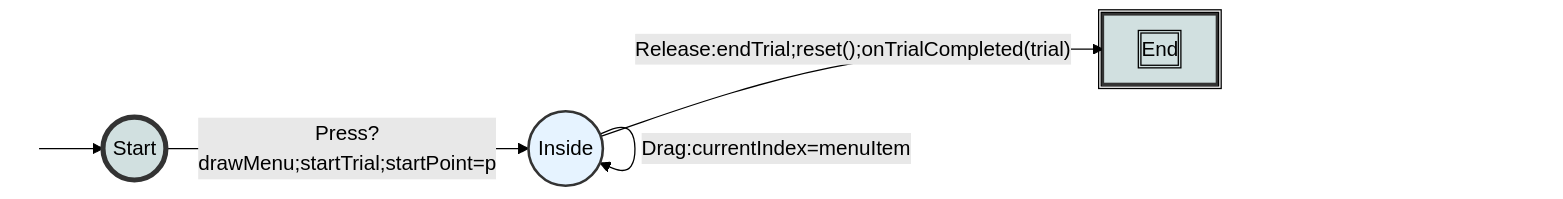
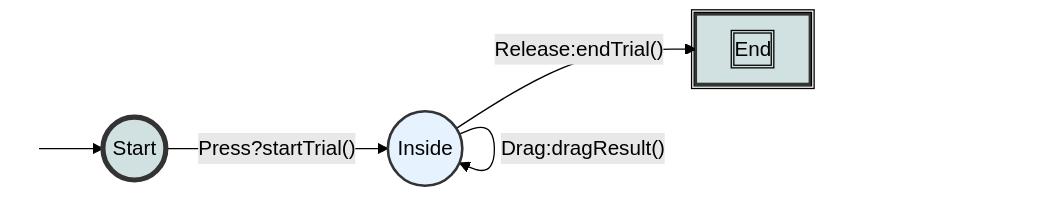
Before and after one commit to jmankoff/interaction: the diagram in assignments/menus.md, drawn with Mermaid (forest theme). The commit also changed other lines of this file and 1 other file, not shown here.

Commit message:
Updated slides and menu spec

```diff
--- a/assignments/menus.md
+++ b/assignments/menus.md
@@ -154,17 +154,17 @@
 <div class="mermaid">
 graph LR
 S((.)) --> A((Start))
-A -- "Press?drawMenu;startTrial;startPoint=p" --> I((Inside))
-I -- "Release:endTrial;reset();onTrialCompleted(trial)" --> E[End]
-I -- "Drag:currentIndex=menuItem" --> I
+A -- "Press?startTrial()" --> I((Inside))
+I -- "Release:endTrial()" --> E[End]
+I -- "Drag:dragResult()" --> I
 
 classDef finish outline-style:double,fill:#d1e0e0,stroke:#333,stroke-width:2px;
 classDef normal fill:#e6f3ff,stroke:#333,stroke-width:2px;
 classDef start fill:#d1e0e0,stroke:#333,stroke-width:4px;
 classDef invisible fill:#FFFFFF,stroke:#FFFFFF,color:#FFFFFF
 
 class S invisible
 class A start
 class E finish
 class I normal
 </div>
```
